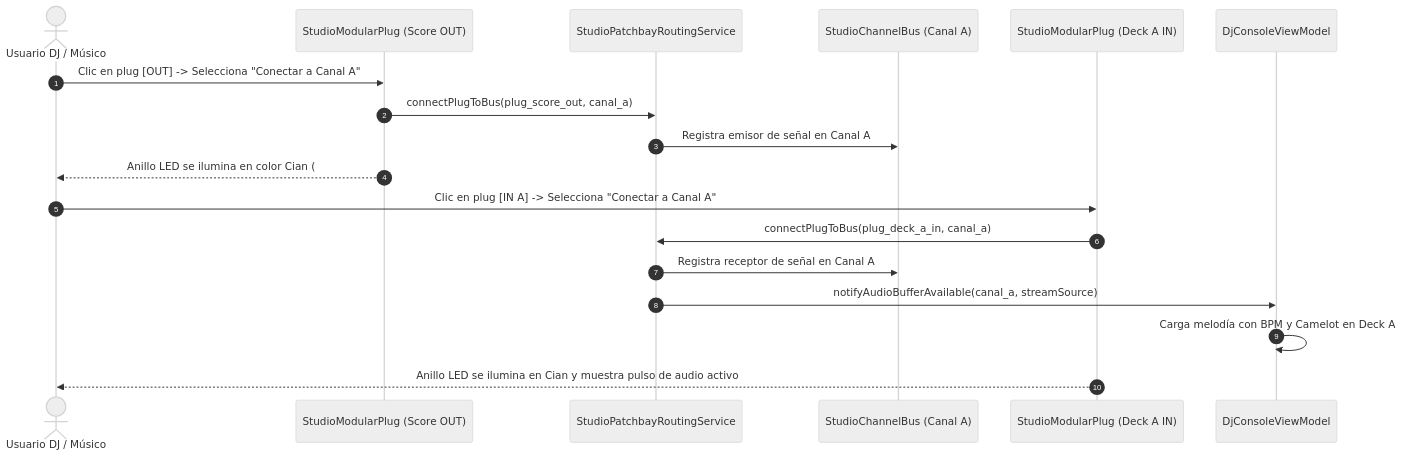
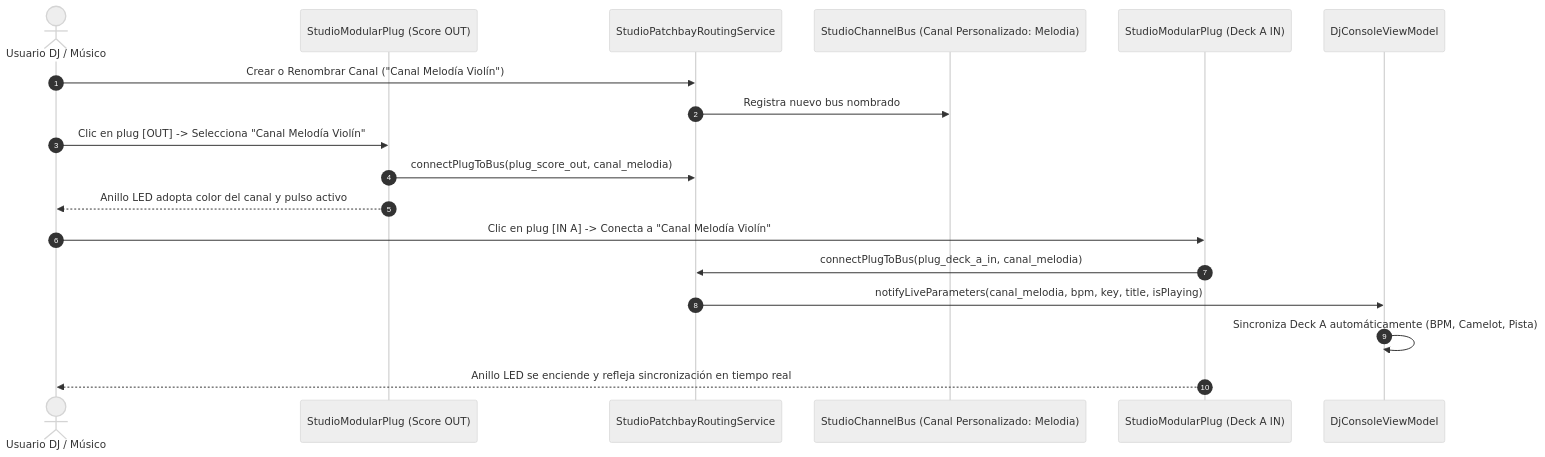
The second of 2 diagrams in docs/02_use_cases/87_uc_universal_studio_channel_matrix_and_inter_tool_audio_routing_suite.md (Nicolas11Leon/Tunner), drawn with Mermaid (neutral theme) before and after one commit. The commit also changed other lines of this file and 11 other files, not shown here.

Commit message:
feat(channels): implement custom named channels with full-duplex live parameter synchronization and responsive workstation layout

````diff
--- a/docs/02_use_cases/87_uc_universal_studio_channel_matrix_and_inter_tool_audio_routing_suite.md
+++ b/docs/02_use_cases/87_uc_universal_studio_channel_matrix_and_inter_tool_audio_routing_suite.md
@@ -65,22 +76,22 @@
 ```mermaid
 sequenceDiagram
     autonumber
     actor DJ as Usuario DJ / Músico
     participant PlugScore as StudioModularPlug (Score OUT)
     participant PatchService as StudioPatchbayRoutingService
-    participant BusA as StudioChannelBus (Canal A)
+    participant BusCustom as StudioChannelBus (Canal Personalizado: Melodia)
     participant PlugDeckA as StudioModularPlug (Deck A IN)
     participant DJViewModel as DjConsoleViewModel
 
-    DJ->>PlugScore: Clic en plug [OUT] -> Selecciona "Conectar a Canal A"
-    PlugScore->>PatchService: connectPlugToBus(plug_score_out, canal_a)
-    PatchService->>BusA: Registra emisor de señal en Canal A
-    PlugScore-->>DJ: Anillo LED se ilumina en color Cian (#00E5FF)
+    DJ->>PatchService: Crear o Renombrar Canal ("Canal Melodía Violín")
+    PatchService->>BusCustom: Registra nuevo bus nombrado
+    DJ->>PlugScore: Clic en plug [OUT] -> Selecciona "Canal Melodía Violín"
+    PlugScore->>PatchService: connectPlugToBus(plug_score_out, canal_melodia)
+    PlugScore-->>DJ: Anillo LED adopta color del canal y pulso activo
 
-    DJ->>PlugDeckA: Clic en plug [IN A] -> Selecciona "Conectar a Canal A"
-    PlugDeckA->>PatchService: connectPlugToBus(plug_deck_a_in, canal_a)
-    PatchService->>BusA: Registra receptor de señal en Canal A
-    PatchService->>DJViewModel: notifyAudioBufferAvailable(canal_a, streamSource)
-    DJViewModel->>DJViewModel: Carga melodía con BPM y Camelot en Deck A
-    PlugDeckA-->>DJ: Anillo LED se ilumina en Cian y muestra pulso de audio activo
+    DJ->>PlugDeckA: Clic en plug [IN A] -> Conecta a "Canal Melodía Violín"
+    PlugDeckA->>PatchService: connectPlugToBus(plug_deck_a_in, canal_melodia)
+    PatchService->>DJViewModel: notifyLiveParameters(canal_melodia, bpm, key, title, isPlaying)
+    DJViewModel->>DJViewModel: Sincroniza Deck A automáticamente (BPM, Camelot, Pista)
+    PlugDeckA-->>DJ: Anillo LED se enciende y refleja sincronización en tiempo real
 ```
````
